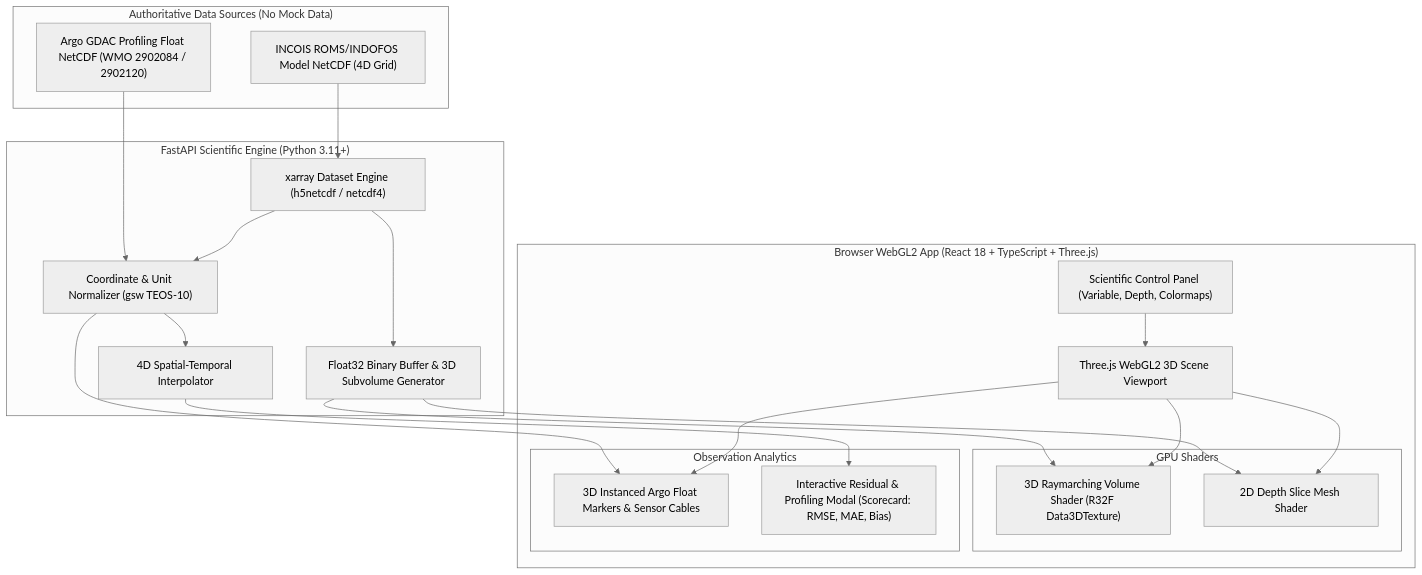
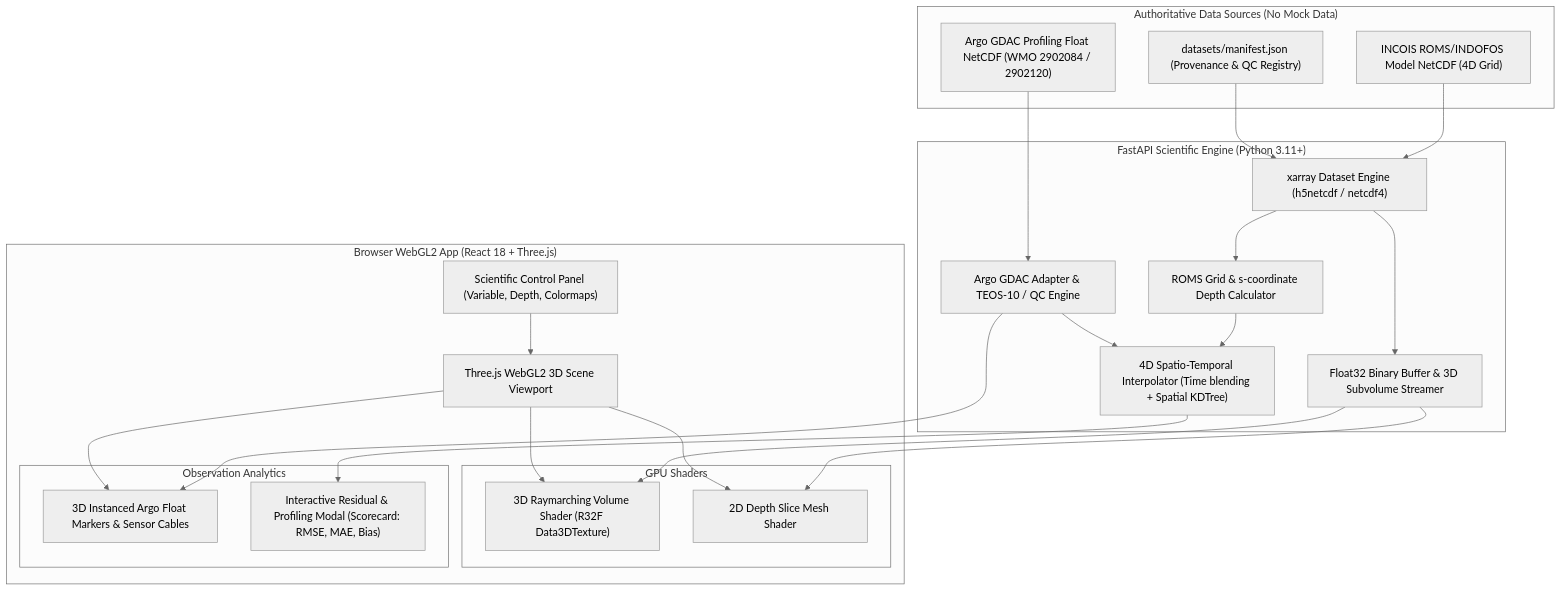
Before and after one commit to Akshit-Agrawal-769/SIH2026: the diagram in README.md, drawn with Mermaid (neutral theme). The commit also changed other lines of this file and 14 other files, not shown here.

Commit message:
Scientific hardening: remove synthetic generators, implement manifest provenance, ROMS s-coordinates, 4D colocation, Argo QC policy, security checks, and docs

````diff
--- a/README.md
+++ b/README.md
@@ -48,44 +51,48 @@
 ```mermaid
 graph TD
     subgraph Data Sources ["Authoritative Data Sources (No Mock Data)"]
         DS1["INCOIS ROMS/INDOFOS Model NetCDF (4D Grid)"]
         DS2["Argo GDAC Profiling Float NetCDF (WMO 2902084 / 2902120)"]
+        MAN["datasets/manifest.json (Provenance & QC Registry)"]
     end
 
     subgraph Scientific Backend ["FastAPI Scientific Engine (Python 3.11+)"]
         XR["xarray Dataset Engine (h5netcdf / netcdf4)"]
-        NORM["Coordinate & Unit Normalizer (gsw TEOS-10)"]
-        INTERP["4D Spatial-Temporal Interpolator"]
-        BIN_GEN["Float32 Binary Buffer & 3D Subvolume Generator"]
+        ROMS_ADAPT["ROMS Grid & s-coordinate Depth Calculator"]
+        ARGO_ADAPT["Argo GDAC Adapter & TEOS-10 / QC Engine"]
+        INTERP["4D Spatio-Temporal Interpolator (Time blending + Spatial KDTree)"]
+        BIN_GEN["Float32 Binary Buffer & 3D Subvolume Streamer"]
     end
 
-    subgraph Frontend Application ["Browser WebGL2 App (React 18 + TypeScript + Three.js)"]
+    subgraph Frontend Application ["Browser WebGL2 App (React 18 + Three.js)"]
         UI["Scientific Control Panel (Variable, Depth, Colormaps)"]
         RENDER["Three.js WebGL2 3D Scene Viewport"]
         
         subgraph GPU Shaders ["GPU Shaders"]
             RAYMARCH["3D Raymarching Volume Shader (R32F Data3DTexture)"]
             SLICE["2D Depth Slice Mesh Shader"]
         end
 
         subgraph InSitu ["Observation Analytics"]
             MARKER["3D Instanced Argo Float Markers & Sensor Cables"]
             PLOT["Interactive Residual & Profiling Modal (Scorecard: RMSE, MAE, Bias)"]
         end
     end
 
     DS1 --> XR
-    DS2 --> NORM
-    XR --> NORM --> INTERP
+    DS2 --> ARGO_ADAPT
+    MAN --> XR
+    XR --> ROMS_ADAPT --> INTERP
+    ARGO_ADAPT --> INTERP
     XR --> BIN_GEN
 
     BIN_GEN --> RAYMARCH
     BIN_GEN --> SLICE
-    NORM --> MARKER
+    ARGO_ADAPT --> MARKER
     INTERP --> PLOT
 
     UI --> RENDER
     RENDER --> RAYMARCH
     RENDER --> SLICE
     RENDER --> MARKER
 ```
````
